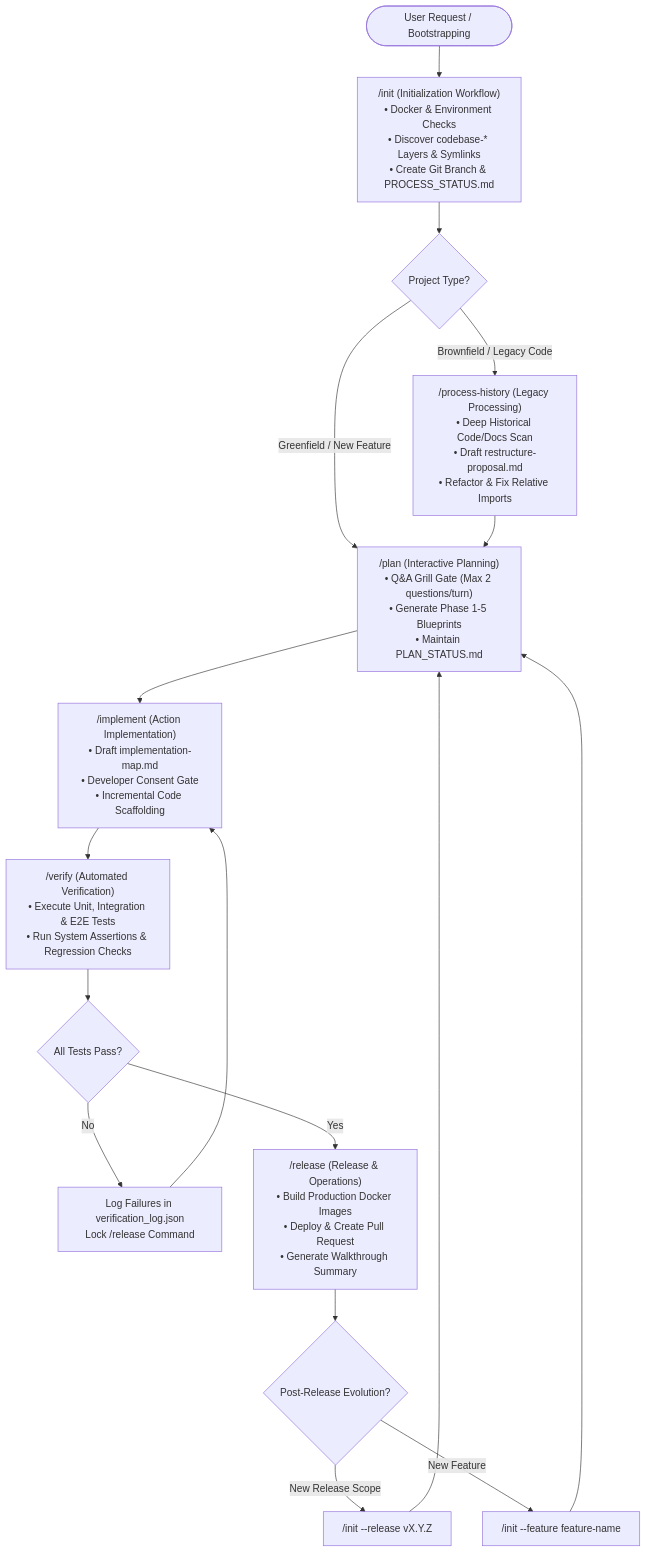
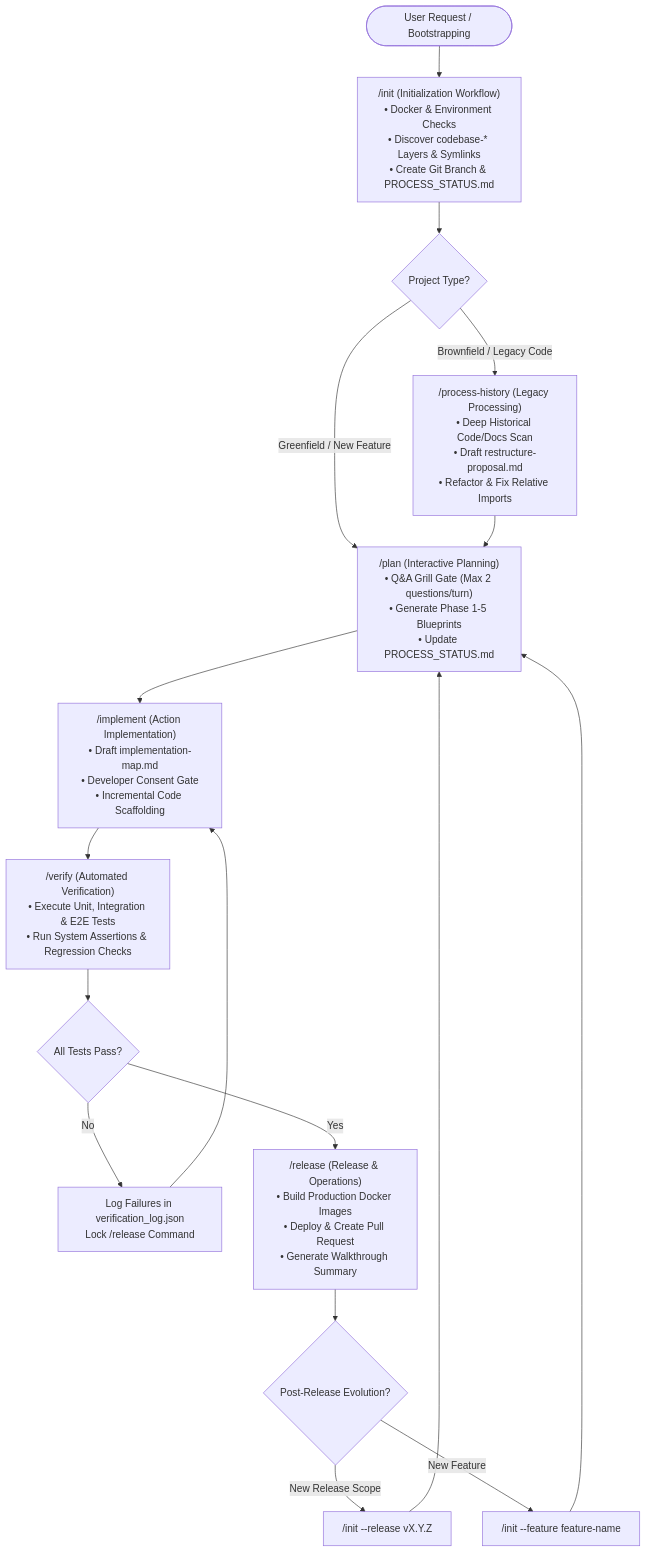
The diagram in fullstack_software_dev/summary.md (hrvthgergo/agent-driven-templates), drawn with Mermaid before and after one commit. The commit also changed other lines of this file and 4 other files, not shown here.

Commit message:
Consolidate PLAN_STATUS.md into PROCESS_STATUS.md, swap Q&A step order in /init, and update folder structure maps

````diff
--- a/fullstack_software_dev/summary.md
+++ b/fullstack_software_dev/summary.md
@@ -29,24 +29,24 @@
 ```mermaid
 graph TD
     Start([User Request / Bootstrapping]) --> Init["/init (Initialization Workflow)<br/>• Docker & Environment Checks<br/>• Discover codebase-* Layers & Symlinks<br/>• Create Git Branch & PROCESS_STATUS.md"]
     
     Init --> CheckType{Project Type?}
     
     CheckType -->|Brownfield / Legacy Code| ProcHist["/process-history (Legacy Processing)<br/>• Deep Historical Code/Docs Scan<br/>• Draft restructure-proposal.md<br/>• Refactor & Fix Relative Imports"]
-    CheckType -->|Greenfield / New Feature| Plan["/plan (Interactive Planning)<br/>• Q&A Grill Gate (Max 2 questions/turn)<br/>• Generate Phase 1-5 Blueprints<br/>• Maintain PLAN_STATUS.md"]
+    CheckType -->|Greenfield / New Feature| Plan["/plan (Interactive Planning)<br/>• Q&A Grill Gate (Max 2 questions/turn)<br/>• Generate Phase 1-5 Blueprints<br/>• Update PROCESS_STATUS.md"]
     
     ProcHist --> Plan
     
     Plan --> Implement["/implement (Action Implementation)<br/>• Draft implementation-map.md<br/>• Developer Consent Gate<br/>• Incremental Code Scaffolding"]
     
     Implement --> Verify["/verify (Automated Verification)<br/>• Execute Unit, Integration & E2E Tests<br/>• Run System Assertions & Regression Checks"]
     
     Verify --> TestCheck{All Tests Pass?}
     
     TestCheck -->|No| Fix["Log Failures in verification_log.json<br/>Lock /release Command"] --> Implement
     TestCheck -->|Yes| Release["/release (Release & Operations)<br/>• Build Production Docker Images<br/>• Deploy & Create Pull Request<br/>• Generate Walkthrough Summary"]
     
     Release --> Evolve{Post-Release Evolution?}
     Evolve -->|New Release Scope| InitRel["/init --release vX.Y.Z"] --> Plan
     Evolve -->|New Feature| InitFeat["/init --feature feature-name"] --> Plan
 ```
````
